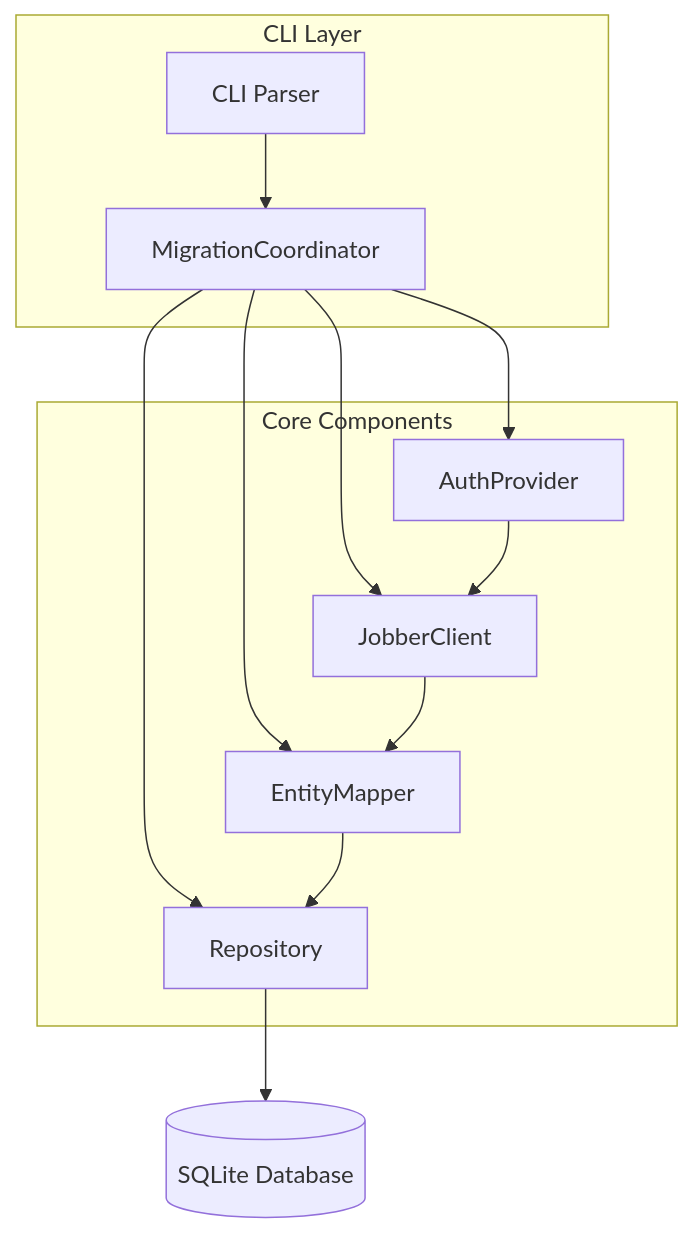
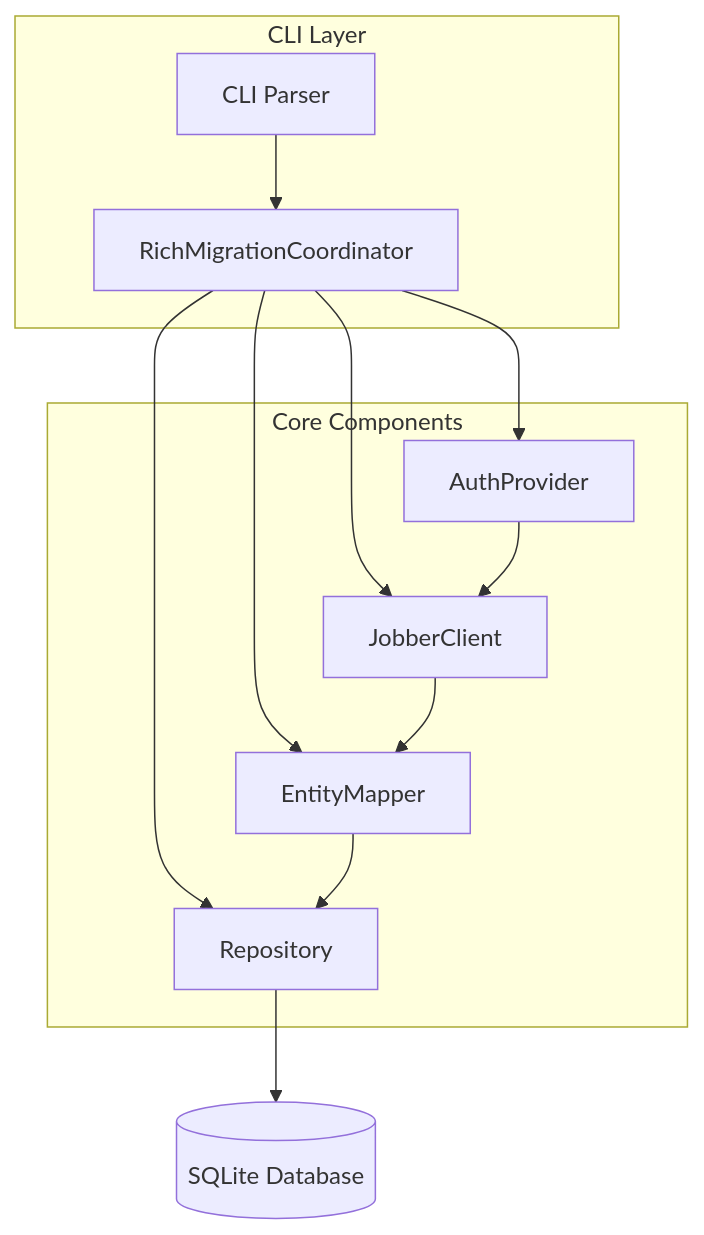
Before and after one commit to max-is-loud/jobber-servicetitan-migration: the diagram in .document_archive/prd_v_0.md, drawn with Mermaid. The commit also changed other lines of this file and 21 other files, not shown here.

First line of the commit message:
feat: refactor migration coordinator architecture and enhance documentation

````diff
--- a/.document_archive/prd_v_0.md
+++ b/.document_archive/prd_v_0.md
@@ -243,19 +243,19 @@
 ```mermaid
 flowchart TD
   subgraph CLI Layer
-    CLI[CLI Parser] --> MC[MigrationCoordinator]
+    CLI[CLI Parser] --> MC[RichMigrationCoordinator]
   end
 
   subgraph Core Components
     MC --> Auth[AuthProvider]
     MC --> JC[JobberClient]
     MC --> EM[EntityMapper]
     MC --> Repo[Repository]
   end
 
   %% Data flow between classes
   Auth --> JC
   JC --> EM
   EM --> Repo
   Repo --> DB[(SQLite Database)]
 ```
````
